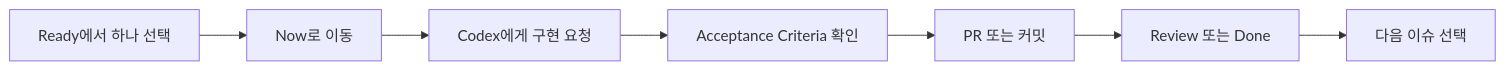
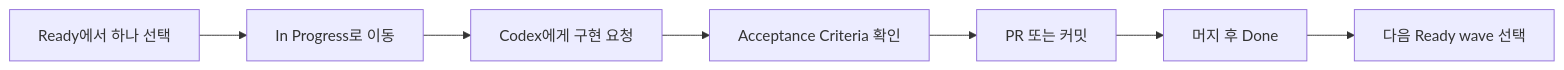
Before and after one commit to r0feynman/codex-deepresearch: the eighth of 9 diagrams in docs/codex-deepresearch-project-management.md, drawn with Mermaid. The commit also changed other lines of this file and 6 other files, not shown here.

````diff
--- a/docs/codex-deepresearch-project-management.md
+++ b/docs/codex-deepresearch-project-management.md
@@ -242,9 +249,9 @@
 ```mermaid
 flowchart LR
-  Pick["Ready에서 하나 선택"] --> Move["Now로 이동"]
+  Pick["Ready에서 하나 선택"] --> Move["In Progress로 이동"]
   Move --> Codex["Codex에게 구현 요청"]
   Codex --> Verify["Acceptance Criteria 확인"]
   Verify --> PR["PR 또는 커밋"]
-  PR --> Close["Review 또는 Done"]
-  Close --> Next["다음 이슈 선택"]
+  PR --> Close["머지 후 Done"]
+  Close --> Next["다음 Ready wave 선택"]
 ```
````
